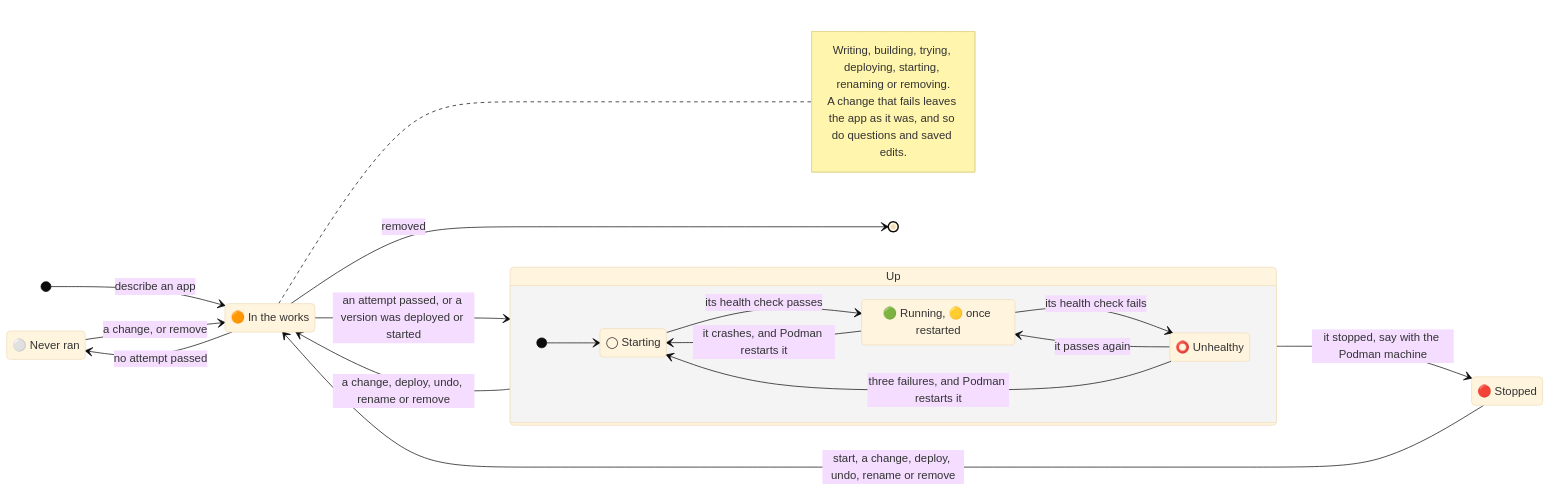
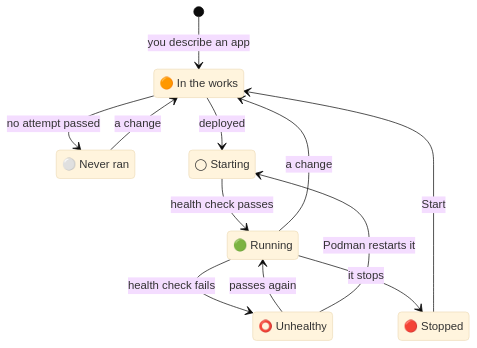
One commit to JGalego/mayfly changed the third of 4 diagrams in README.md. Above: the diagram before and after it, drawn with Mermaid (base theme). The commit also changed other lines of this file, not shown here.

Commit message:
docs: make the app light diagram small enough to read, and list what each light means

````diff
--- a/README.md
+++ b/README.md
@@ -119,32 +119,21 @@
 ```mermaid
 stateDiagram-v2
-  direction LR
+  state "🟠 In the works" as working
   state "⚪ Never ran" as never
-  state "🟠 In the works" as working
+  state "◯ Starting" as starting
+  state "🟢 Running" as running
+  state "⭕ Unhealthy" as unhealthy
   state "🔴 Stopped" as stopped
-  state "Up" as up {
-    direction LR
-    state "◯ Starting" as starting
-    state "🟢 Running, 🟡 once restarted" as running
-    state "⭕ Unhealthy" as unhealthy
-    [*] --> starting
-    starting --> running: its health check passes
-    running --> unhealthy: its health check fails
-    unhealthy --> running: it passes again
-    unhealthy --> starting: three failures, and Podman restarts it
-    running --> starting: it crashes, and Podman restarts it
-  }
 
-  [*] --> working: describe an app
+  [*] --> working: you describe an app
   working --> never: no attempt passed
-  working --> up: an attempt passed, or a version was deployed or started
-  working --> [*]: removed
-  never --> working: a change, or remove
-  up --> working: a change, deploy, undo, rename or remove
-  up --> stopped: it stopped, say with the Podman machine
-  stopped --> working: start, a change, deploy, undo, rename or remove
-  note right of working
-    Writing, building, trying, deploying, starting, renaming or removing.
-    A change that fails leaves the app as it was, and so do questions and saved edits.
-  end note
+  working --> starting: deployed
+  starting --> running: health check passes
+  running --> unhealthy: health check fails
+  unhealthy --> running: passes again
+  unhealthy --> starting: Podman restarts it
+  running --> stopped: it stops
+  stopped --> working: Start
+  running --> working: a change
+  never --> working: a change
 ```
````
